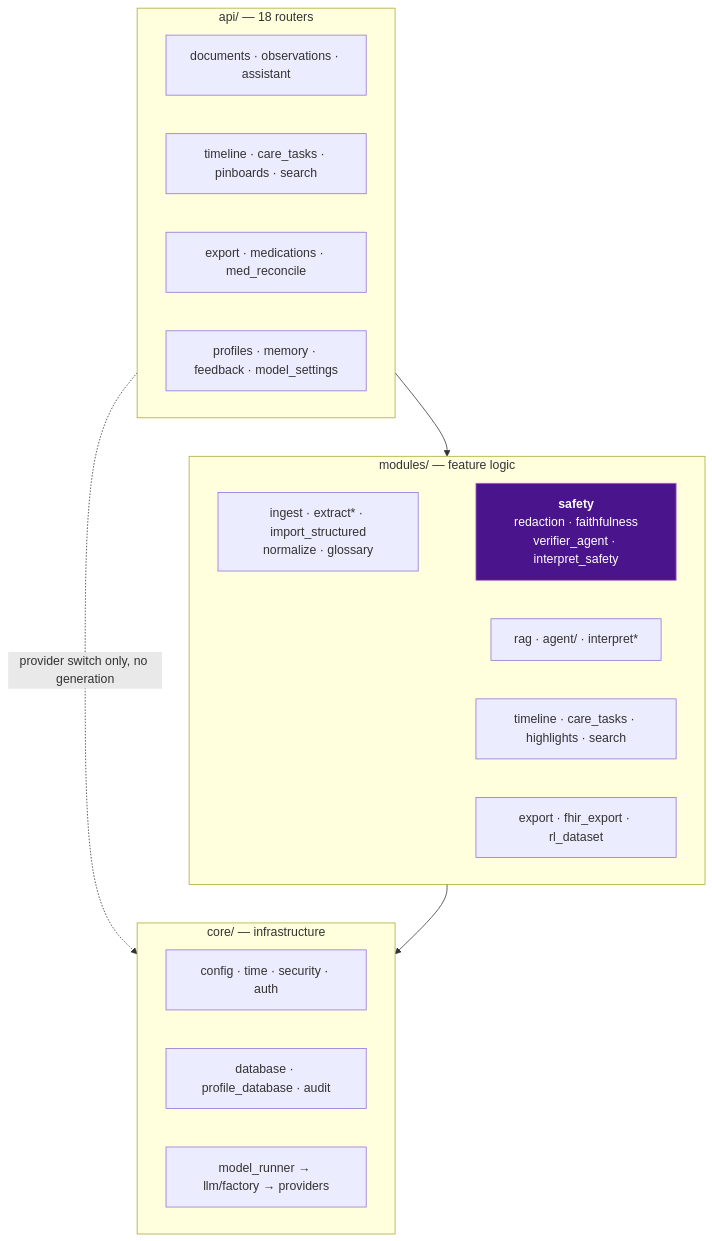
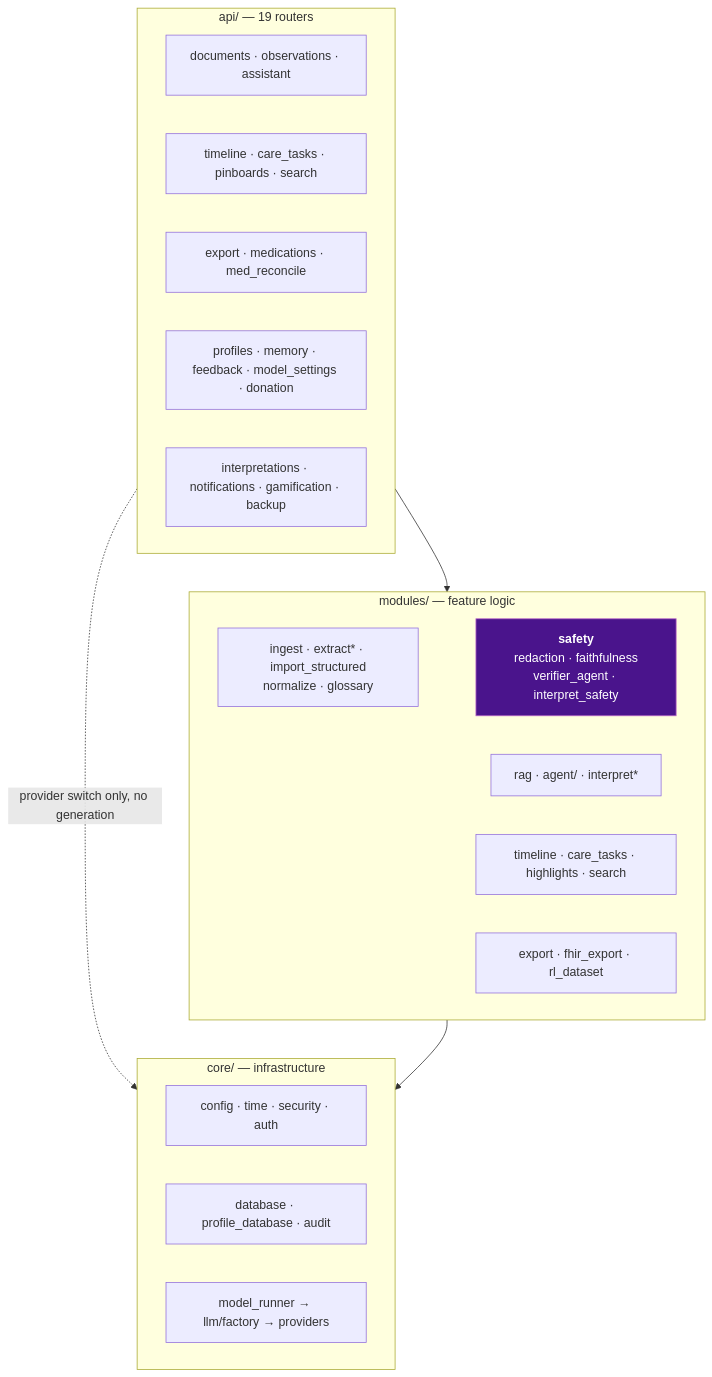
The second of 4 diagrams in docs/architecture/backend.md (BrooklynD23/HealthCentral), drawn with Mermaid before and after one commit. The commit also changed other lines of this file and 11 other files, not shown here.

First line of the commit message:
docs: refresh README and architecture docs against the code

````diff
--- a/docs/architecture/backend.md
+++ b/docs/architecture/backend.md
@@ -58,32 +58,33 @@
 ```mermaid
 flowchart TD
-    subgraph api["api/ — 18 routers"]
+    subgraph api["api/ — 19 routers"]
         direction LR
         A1["documents · observations · assistant"]
         A2["timeline · care_tasks · pinboards · search"]
         A3["export · medications · med_reconcile"]
-        A4["profiles · memory · feedback · model_settings"]
+        A4["profiles · memory · feedback · model_settings · donation"]
+        A5["interpretations · notifications · gamification · backup"]
     end
 
     subgraph modules["modules/ — feature logic"]
         direction LR
         M1["ingest · extract* · import_structured<br/>normalize · glossary"]
         M2["rag · agent/ · interpret*"]
         M3["timeline · care_tasks · highlights · search"]
         M4["export · fhir_export · rl_dataset"]
         SAFE["<b>safety</b><br/>redaction · faithfulness<br/>verifier_agent · interpret_safety"]
     end
 
     subgraph core["core/ — infrastructure"]
         direction LR
         C1["config · time · security · auth"]
         C2["database · profile_database · audit"]
         C3["model_runner → llm/factory → providers"]
     end
 
     api --> modules --> core
     modules --> SAFE
     api -.->|"provider switch only, no generation"| C3
 
     style SAFE fill:#4a148c,stroke:#ba68c8,color:#fff
 ```
````
